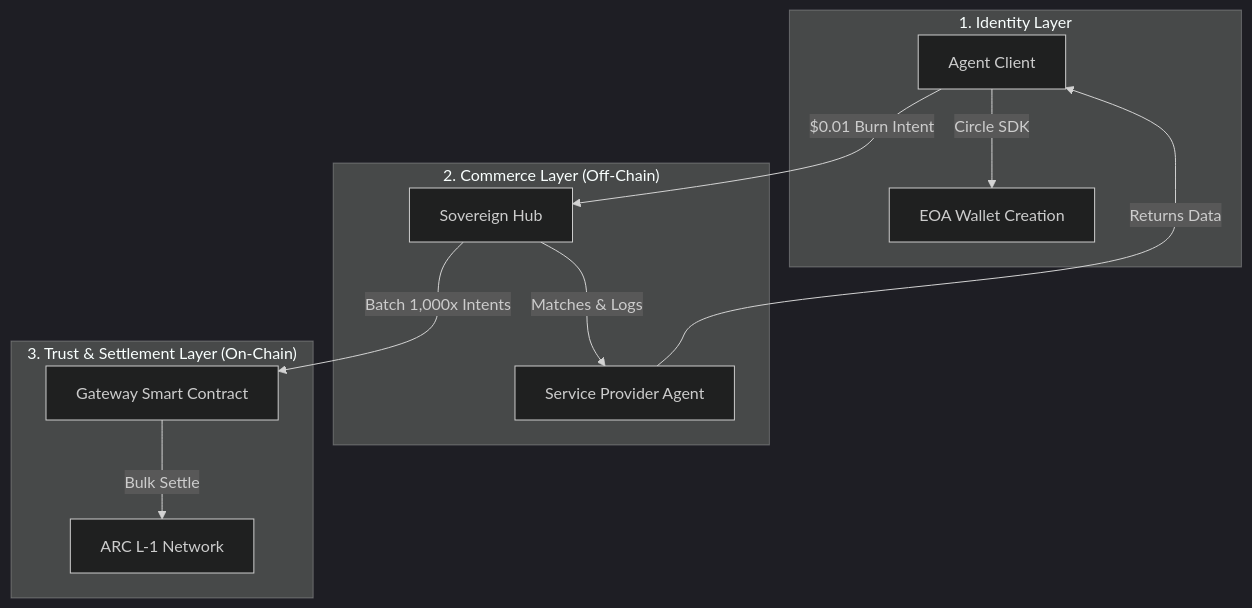
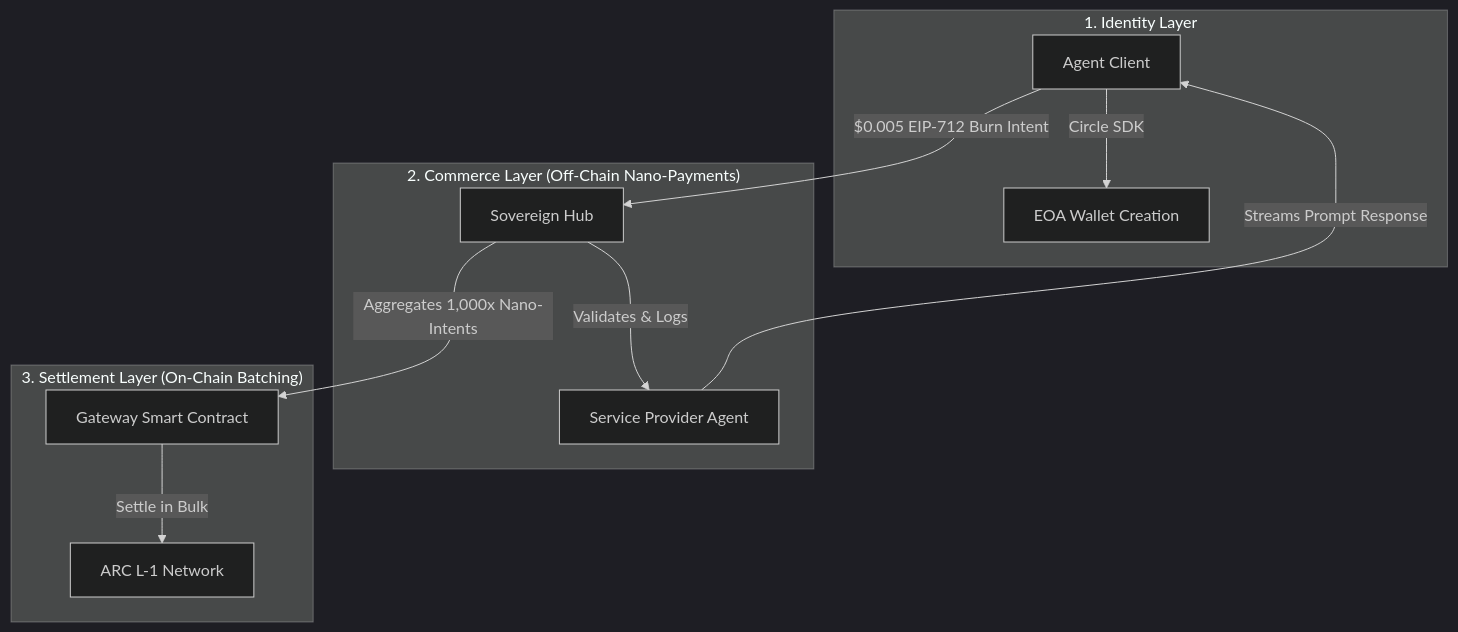
The fourth of 4 diagrams in README.md (ay-web3/arc-agent-economy), drawn with Mermaid (dark theme) before and after one commit. The commit also changed other lines of this file, not shown here.

Commit message:
docs: orient entire README around the core theme of USDC nano-payments for AI agents

````diff
--- a/README.md
+++ b/README.md
@@ -77,17 +82,17 @@
 ```mermaid
 graph TD
     subgraph "1. Identity Layer"
         A[Agent Client] -->|Circle SDK| WALLET[EOA Wallet Creation]
     end
     
-    subgraph "2. Commerce Layer (Off-Chain)"
-        A -->|$0.01 Burn Intent| HUB[Sovereign Hub]
-        HUB -->|Matches & Logs| SVC[Service Provider Agent]
-        SVC -->|Returns Data| A
+    subgraph "2. Commerce Layer (Off-Chain Nano-Payments)"
+        A -->|$0.005 EIP-712 Burn Intent| HUB[Sovereign Hub]
+        HUB -->|Validates & Logs| SVC[Service Provider Agent]
+        SVC -->|Streams Prompt Response| A
     end
     
-    subgraph "3. Trust & Settlement Layer (On-Chain)"
-        HUB -->|Batch 1,000x Intents| GATE[Gateway Smart Contract]
-        GATE -->|Bulk Settle| ARC[ARC L-1 Network]
+    subgraph "3. Settlement Layer (On-Chain Batching)"
+        HUB -->|Aggregates 1,000x Nano-Intents| GATE[Gateway Smart Contract]
+        GATE -->|Settle in Bulk| ARC[ARC L-1 Network]
     end
 ```
````
